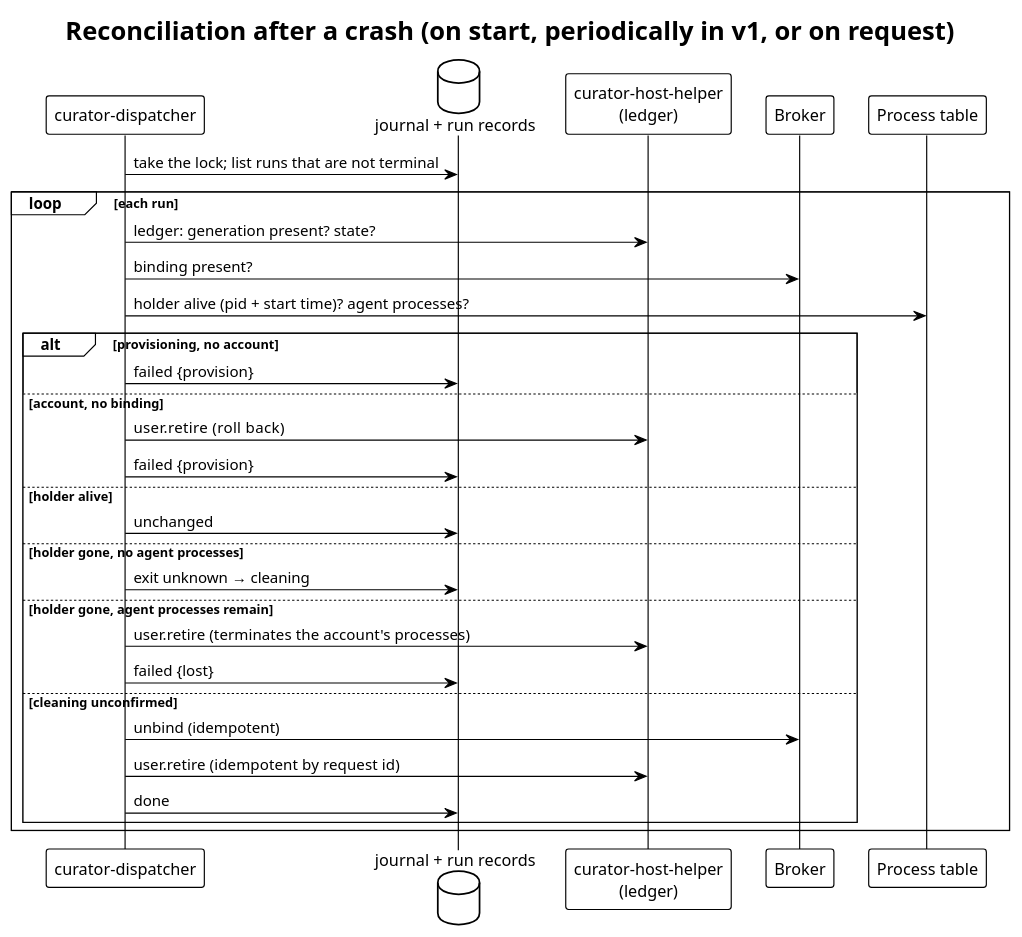
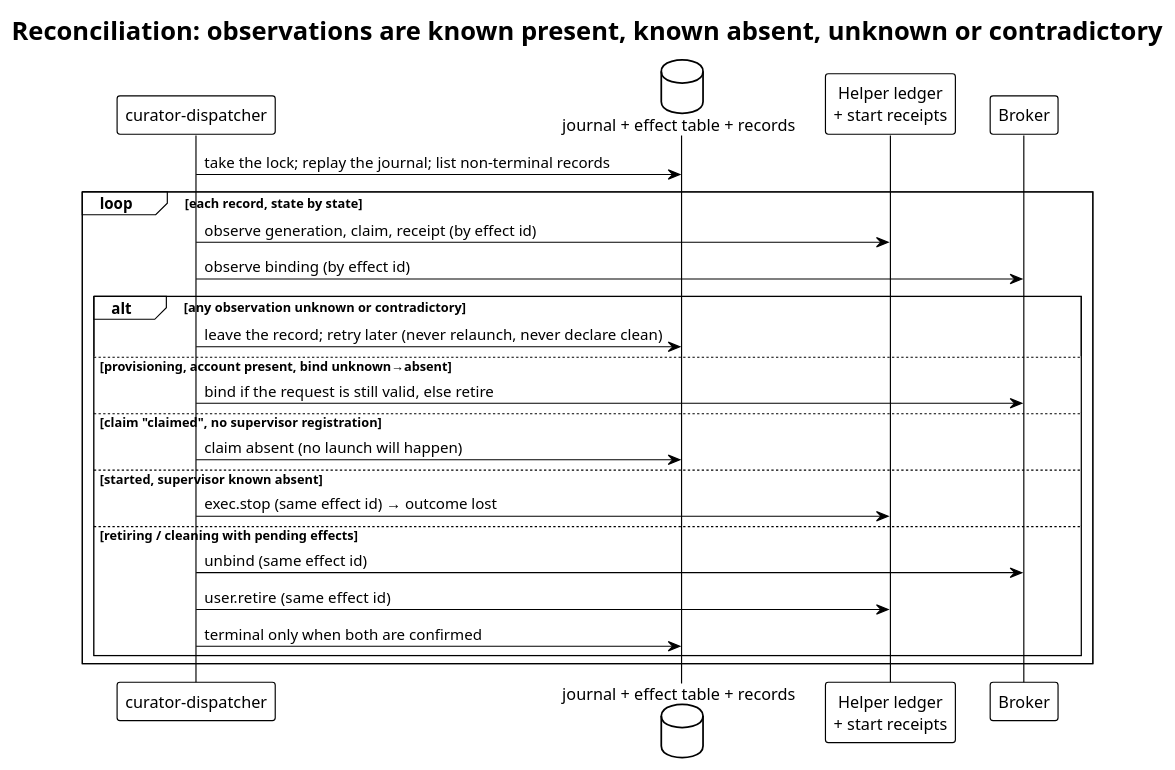
One commit to relux-works/curator-dispatcher changed the diagram in diagrams/reconcile.puml. Above: the diagram before and after it, drawn with PlantUML. The commit also changed 5 other files, not shown here.

First line of the commit message:
Revise the dispatcher after the architecture review (v0.2)

```diff
--- a/diagrams/reconcile.puml
+++ b/diagrams/reconcile.puml
@@ -1,34 +1,28 @@
 @startuml reconcile
 !theme plain
-title Reconciliation after a crash (on start, periodically in v1, or on request)
+title Reconciliation: observations are known present, known absent, unknown or contradictory
 
 participant "curator-dispatcher" as D
-database "journal + run records" as J
-participant "curator-host-helper\n(ledger)" as H
+database "journal + effect table + records" as J
+participant "Helper ledger\n+ start receipts" as H
 participant "Broker" as B
-participant "Process table" as PT
 
-D -> J : take the lock; list runs that are not terminal
-loop each run
-  D -> H : ledger: generation present? state?
-  D -> B : binding present?
-  D -> PT : holder alive (pid + start time)? agent processes?
-  alt provisioning, no account
-    D -> J : failed {provision}
-  else account, no binding
-    D -> H : user.retire  (roll back)
-    D -> J : failed {provision}
-  else holder alive
-    D -> J : unchanged
-  else holder gone, no agent processes
-    D -> J : exit unknown → cleaning
-  else holder gone, agent processes remain
-    D -> H : user.retire (terminates the account's processes)
-    D -> J : failed {lost}
-  else cleaning unconfirmed
-    D -> B : unbind (idempotent)
-    D -> H : user.retire (idempotent by request id)
-    D -> J : done
+D -> J : take the lock; replay the journal; list non-terminal records
+loop each record, state by state
+  D -> H : observe generation, claim, receipt (by effect id)
+  D -> B : observe binding (by effect id)
+  alt any observation unknown or contradictory
+    D -> J : leave the record; retry later (never relaunch, never declare clean)
+  else provisioning, account present, bind unknown→absent
+    D -> B : bind if the request is still valid, else retire
+  else claim "claimed", no supervisor registration
+    D -> J : claim absent (no launch will happen)
+  else started, supervisor known absent
+    D -> H : exec.stop (same effect id) → outcome lost
+  else retiring / cleaning with pending effects
+    D -> B : unbind (same effect id)
+    D -> H : user.retire (same effect id)
+    D -> J : terminal only when both are confirmed
   end
 end
 @enduml
```
